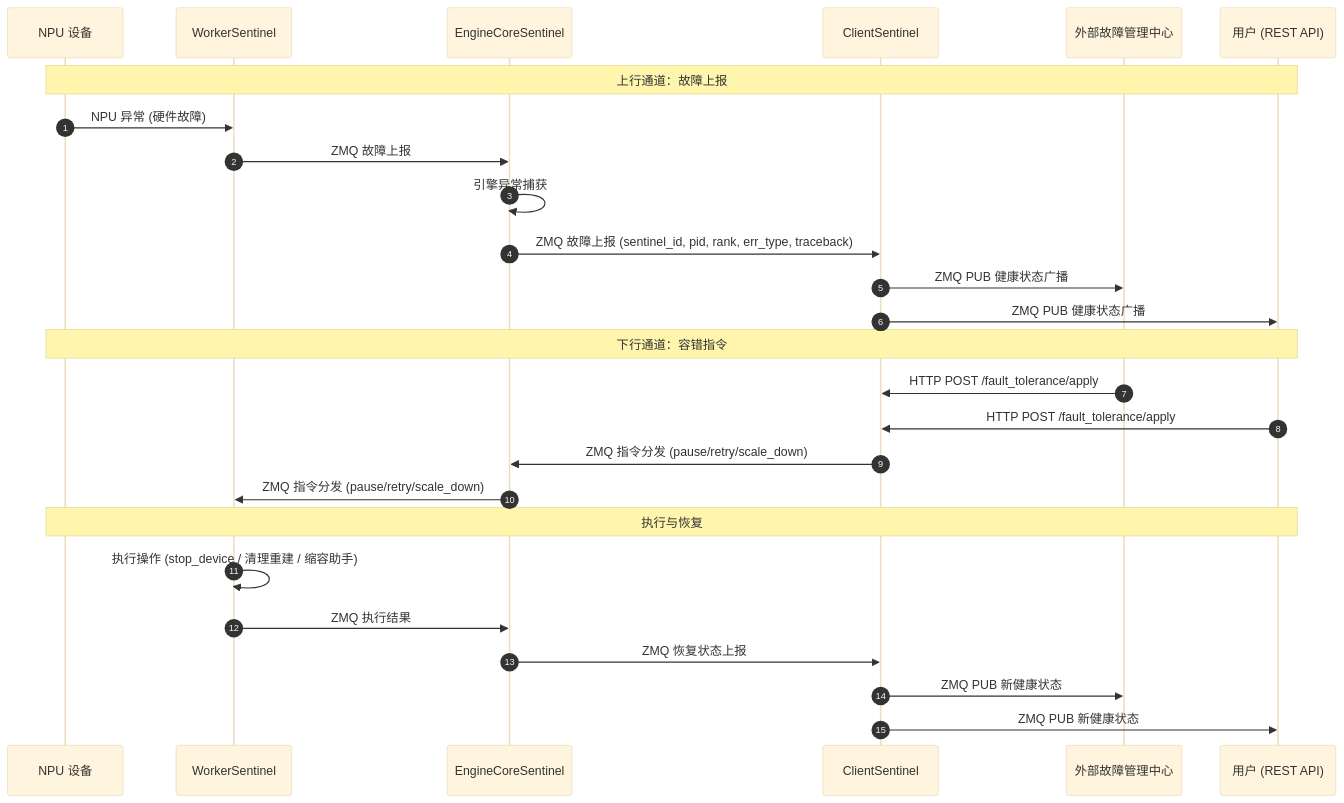
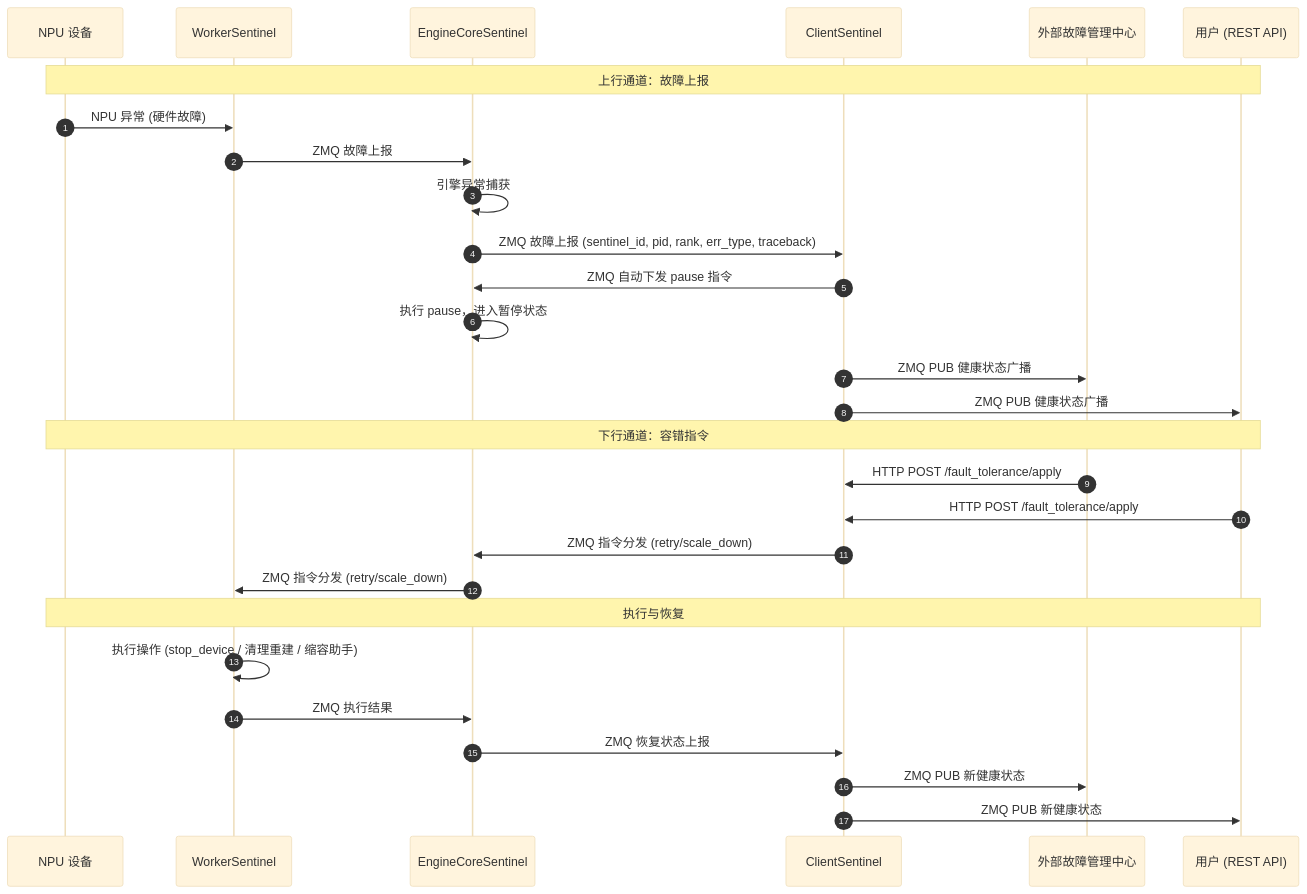
Before and after one commit to Computing-Availability-Tools/CATHelper: the fourth of 4 diagrams in elastic-ep/vllm/DESIGN.md, drawn with Mermaid (base theme). The commit also changed other lines of this file and 1 other file, not shown here.

Commit message:
fix: 明确状态流转(健康→不健康→暂停),更新流程图

````diff
--- a/elastic-ep/vllm/DESIGN.md
+++ b/elastic-ep/vllm/DESIGN.md
@@ -140,31 +144,33 @@
 ```mermaid
 sequenceDiagram
     autonumber
     participant NPU as NPU 设备
     participant W as WorkerSentinel
     participant EC as EngineCoreSentinel
     participant CS as ClientSentinel
     participant MC as 外部故障管理中心
     participant User as 用户 (REST API)
 
     Note over NPU,User: 上行通道：故障上报
     NPU->>W: NPU 异常 (硬件故障)
     W->>EC: ZMQ 故障上报
     EC->>EC: 引擎异常捕获
     EC->>CS: ZMQ 故障上报 (sentinel_id, pid, rank, err_type, traceback)
+    CS->>EC: ZMQ 自动下发 pause 指令
+    EC->>EC: 执行 pause，进入暂停状态
     CS->>MC: ZMQ PUB 健康状态广播
     CS->>User: ZMQ PUB 健康状态广播
 
     Note over NPU,User: 下行通道：容错指令
     MC->>CS: HTTP POST /fault_tolerance/apply
     User->>CS: HTTP POST /fault_tolerance/apply
-    CS->>EC: ZMQ 指令分发 (pause/retry/scale_down)
-    EC->>W: ZMQ 指令分发 (pause/retry/scale_down)
+    CS->>EC: ZMQ 指令分发 (retry/scale_down)
+    EC->>W: ZMQ 指令分发 (retry/scale_down)
 
     Note over NPU,User: 执行与恢复
     W->>W: 执行操作 (stop_device / 清理重建 / 缩容助手)
     W->>EC: ZMQ 执行结果
     EC->>CS: ZMQ 恢复状态上报
     CS->>MC: ZMQ PUB 新健康状态
     CS->>User: ZMQ PUB 新健康状态
 ```
````
